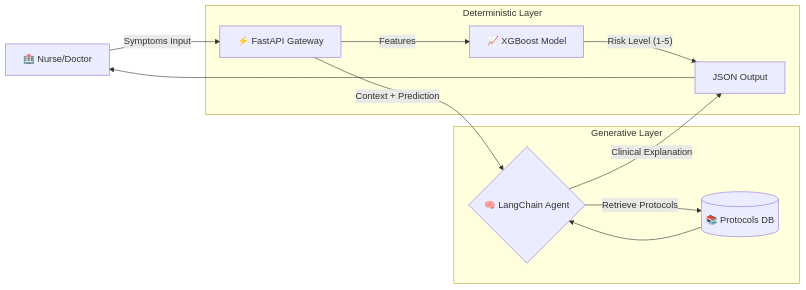
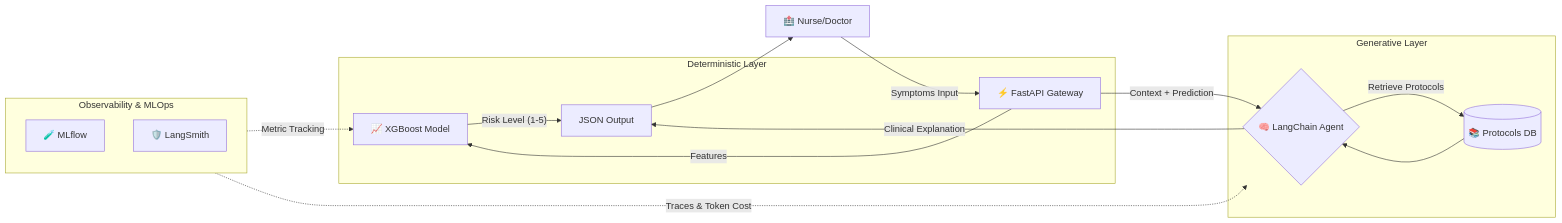
One commit to andrecodea/hybrid-medical-triage-api changed the diagram in README.md. Above: the diagram before and after it, drawn with Mermaid.

Commit message:
Add observability nodes to README diagram

````diff
--- a/README.md
+++ b/README.md
@@ -19,27 +19,38 @@
 ```mermaid
 graph LR
     %% Definição dos Nós
     User["🏥 Nurse/Doctor"]
     API["⚡ FastAPI Gateway"]
     ML["📈 XGBoost Model"]
     RAG{"🧠 LangChain Agent"}
     VectorDB[("📚 Protocols DB")]
     OutputNode["JSON Output"]
+    
+    %% Nós de Observabilidade
+    MLflow["🧪 MLflow"]
+    LangSmith["🛡️ LangSmith"]
 
     %% Fluxo Principal
     User -->|"Symptoms Input"| API
     
     subgraph "Deterministic Layer"
         API -->|"Features"| ML
         ML -->|"Risk Level (1-5)"| OutputNode
     end
     
     subgraph "Generative Layer"
         API -->|"Context + Prediction"| RAG
         RAG -->|"Retrieve Protocols"| VectorDB
         VectorDB --> RAG
         RAG -->|"Clinical Explanation"| OutputNode
     end
+
+    %% Camada de Observabilidade (Monitoramento)
+    subgraph "Observability & MLOps"
+        direction TB
+        MLflow -.->|"Metric Tracking"| ML
+        LangSmith -.->|"Traces & Token Cost"| RAG
+    end
     
     OutputNode --> User
 ```
````
